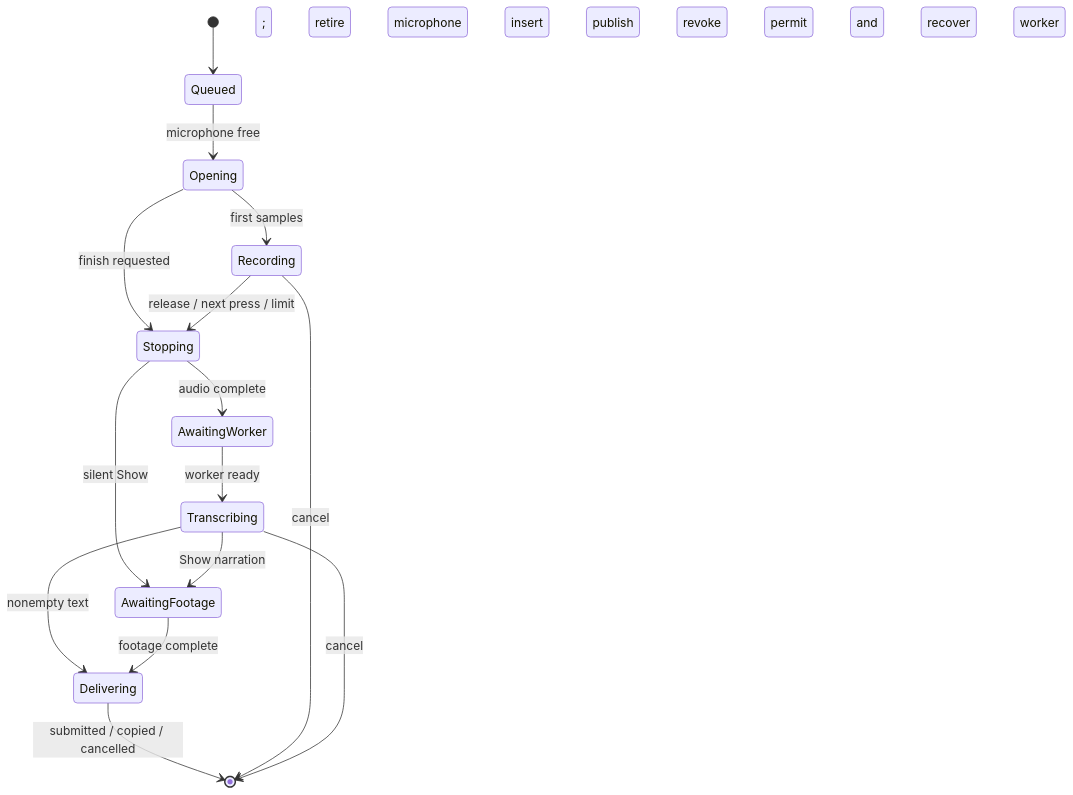
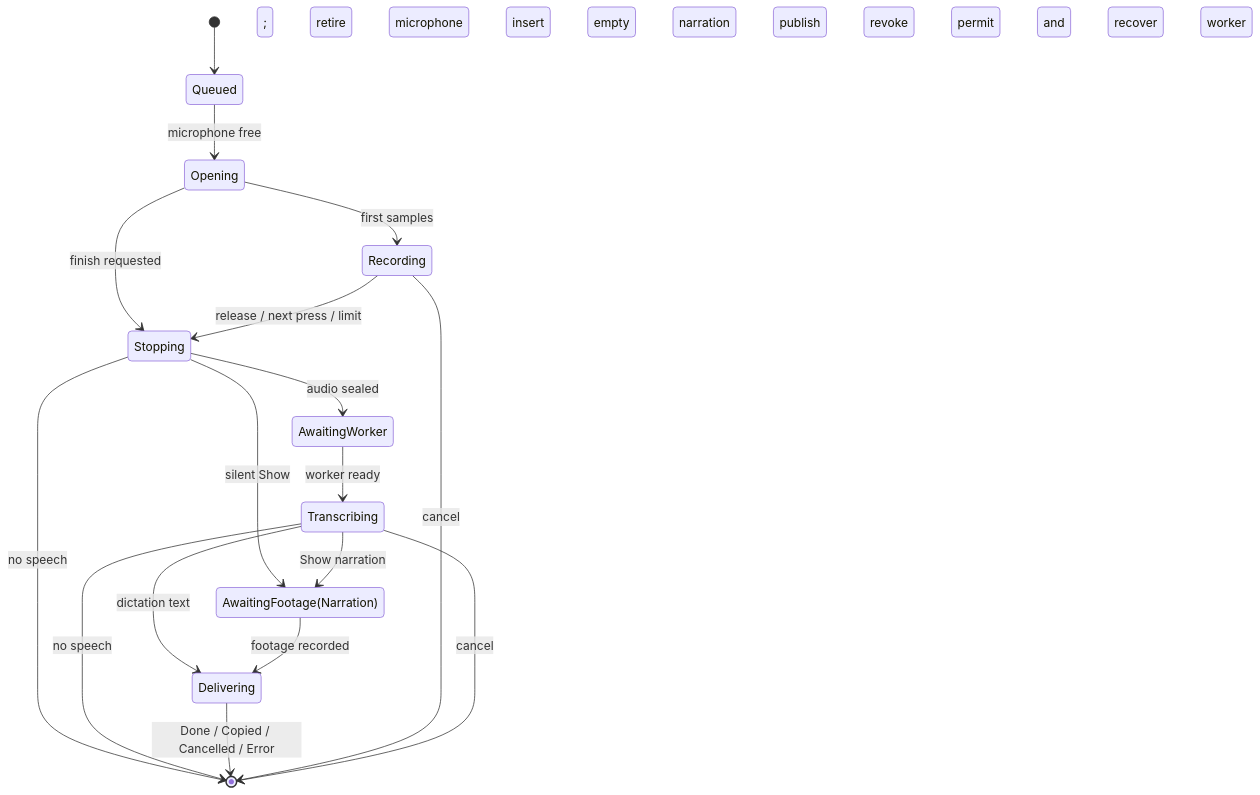
The second of 2 diagrams in docs/architecture.md (KrishRVH/speakeasy), drawn with Mermaid before and after one commit. The commit also changed other lines of this file and 1 other file, not shown here.

First line of the commit message:
docs: lead architecture with a linked change map and shared invariants

````diff
--- a/docs/architecture.md
+++ b/docs/architecture.md
@@ -110,17 +173,20 @@
 ```mermaid
 stateDiagram-v2
+    state "AwaitingFootage(Narration)" as AwaitingFootage
     [*] --> Queued
     Queued --> Opening: microphone free
     Opening --> Recording: first samples
     Opening --> Stopping: finish requested
     Recording --> Stopping: release / next press / limit
-    Stopping --> AwaitingWorker: audio complete; retire microphone
+    Stopping --> AwaitingWorker: audio sealed; retire microphone
+    Stopping --> [*]: no speech
     AwaitingWorker --> Transcribing: worker ready
-    Transcribing --> Delivering: nonempty text; insert
-    Stopping --> AwaitingFootage: silent Show
+    Transcribing --> Delivering: dictation text; insert
+    Transcribing --> [*]: no speech
+    Stopping --> AwaitingFootage: silent Show; empty narration
     Transcribing --> AwaitingFootage: Show narration
-    AwaitingFootage --> Delivering: footage complete; publish
-    Delivering --> [*]: submitted / copied / cancelled
+    AwaitingFootage --> Delivering: footage recorded; publish
+    Delivering --> [*]: Done / Copied / Cancelled / Error
     Recording --> [*]: cancel; revoke permit and retire
     Transcribing --> [*]: cancel; revoke permit and recover worker
 ```
````
